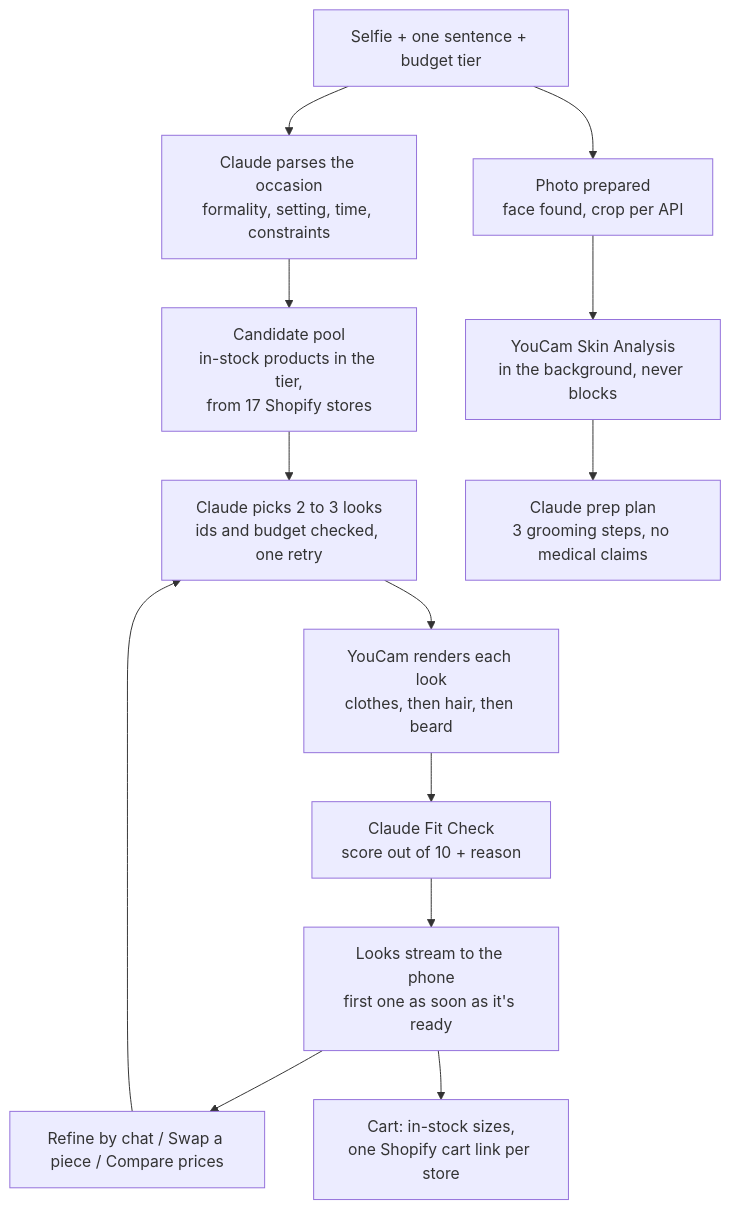
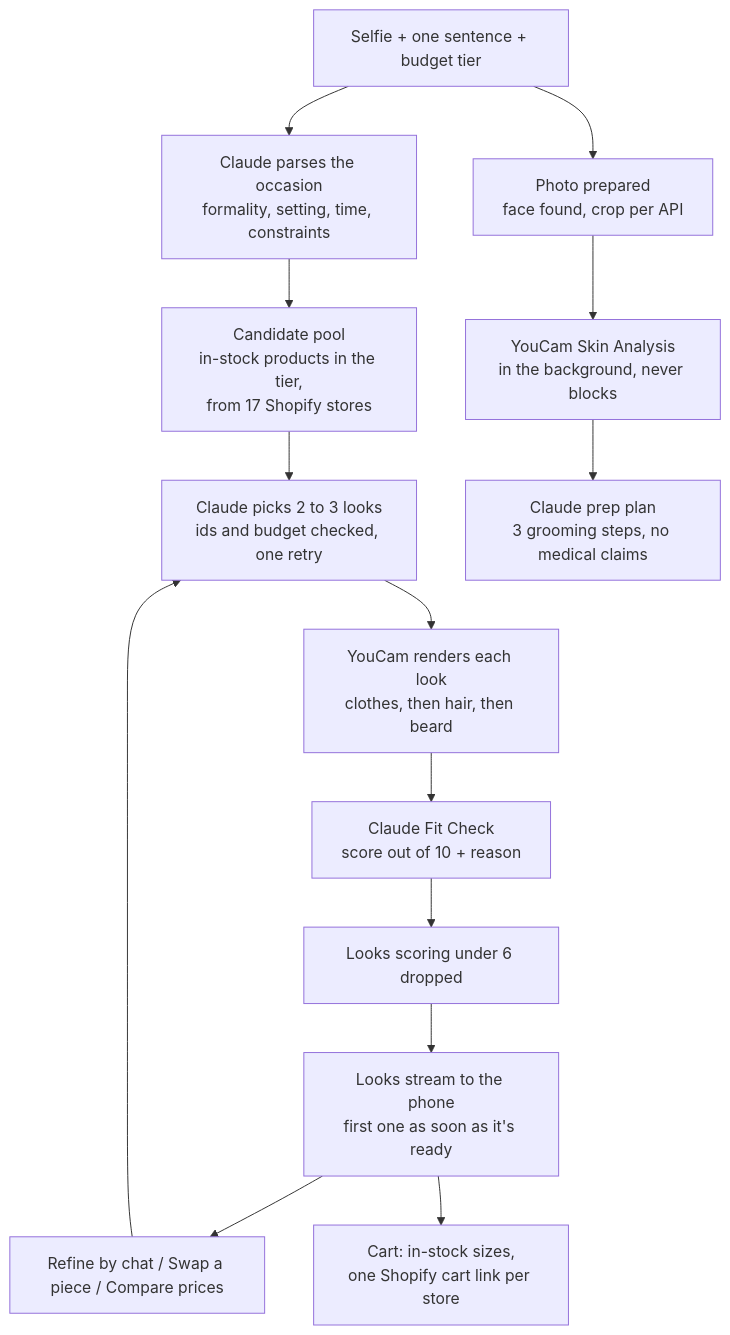
One commit to love98ed/wingman changed the diagram in README.md. Above: the diagram before and after it, drawn with Mermaid. The commit also changed other lines of this file, not shown here.

Commit message:
docs: README covers refine replies, dropped looks and the current layout

````diff
--- a/README.md
+++ b/README.md
@@ -53,15 +53,16 @@
 ```mermaid
 flowchart TD
     A[Selfie + one sentence + budget tier] --> B[Claude parses the occasion<br/>formality, setting, time, constraints]
     A --> C[Photo prepared<br/>face found, crop per API]
     C --> D[YouCam Skin Analysis<br/>in the background, never blocks]
     B --> E[Candidate pool<br/>in-stock products in the tier,<br/>from 17 Shopify stores]
     E --> F[Claude picks 2 to 3 looks<br/>ids and budget checked, one retry]
     F --> G[YouCam renders each look<br/>clothes, then hair, then beard]
     G --> H[Claude Fit Check<br/>score out of 10 + reason]
     D --> I[Claude prep plan<br/>3 grooming steps, no medical claims]
-    H --> J[Looks stream to the phone<br/>first one as soon as it's ready]
+    H --> P[Looks scoring under 6 dropped]
+    P --> J[Looks stream to the phone<br/>first one as soon as it's ready]
     J --> K[Refine by chat / Swap a piece / Compare prices]
     K --> F
     J --> L[Cart: in-stock sizes,<br/>one Shopify cart link per store]
 ```
````
